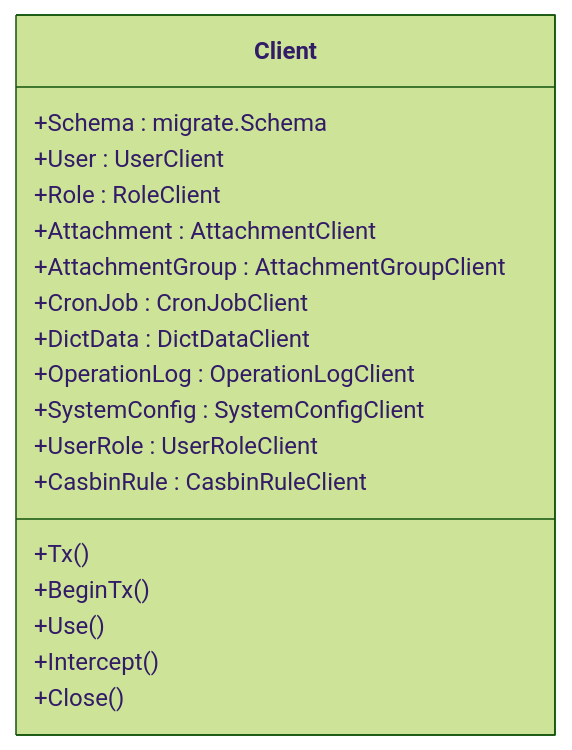
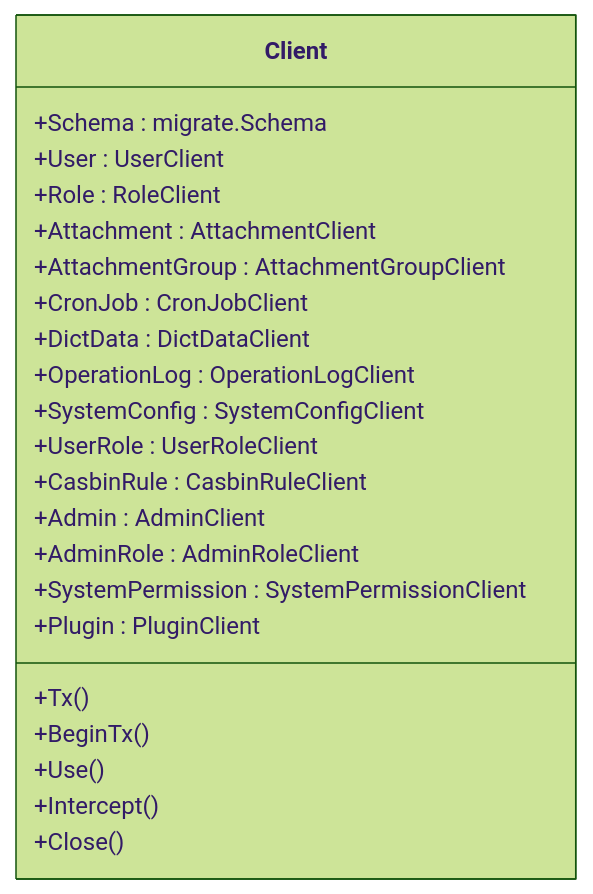
The seventh of 8 diagrams in .qoder/repowiki/zh/content/架构设计/架构设计.md (wuwuseo/e-sports-go-admin), drawn with Mermaid (forest theme) before and after one commit. The commit also changed other lines of this file and 42 other files, not shown here.

````diff
--- a/.qoder/repowiki/zh/content/架构设计/架构设计.md
+++ b/.qoder/repowiki/zh/content/架构设计/架构设计.md
@@ -332,21 +365,25 @@
 ```mermaid
 classDiagram
 class Client {
 +Schema : migrate.Schema
 +User : UserClient
 +Role : RoleClient
 +Attachment : AttachmentClient
 +AttachmentGroup : AttachmentGroupClient
 +CronJob : CronJobClient
 +DictData : DictDataClient
 +OperationLog : OperationLogClient
 +SystemConfig : SystemConfigClient
 +UserRole : UserRoleClient
 +CasbinRule : CasbinRuleClient
++Admin : AdminClient
++AdminRole : AdminRoleClient
++SystemPermission : SystemPermissionClient
++Plugin : PluginClient
 +Tx()
 +BeginTx()
 +Use()
 +Intercept()
 +Close()
 }
 ```
````
